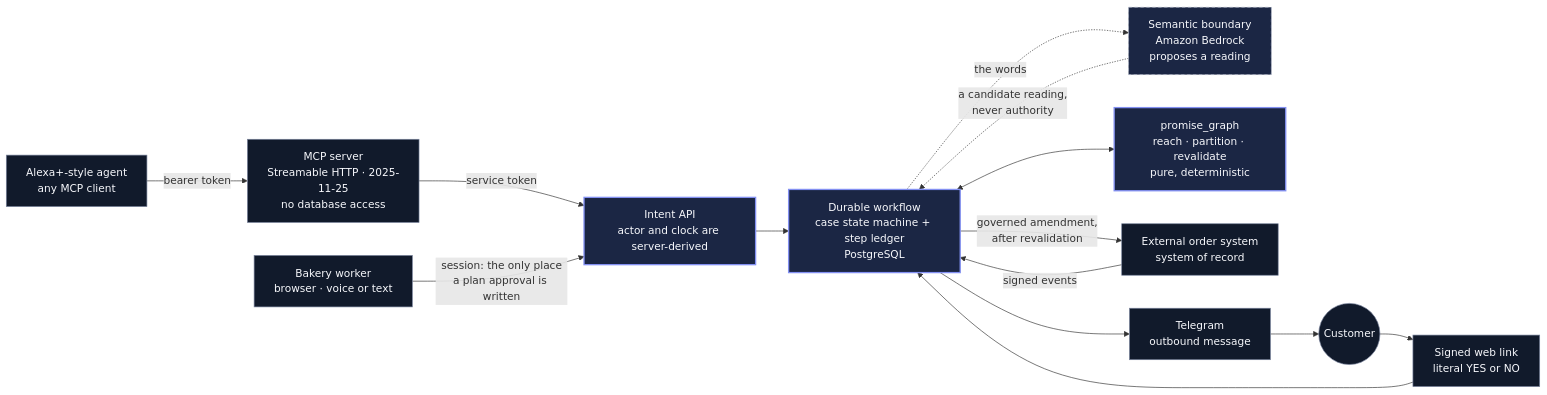
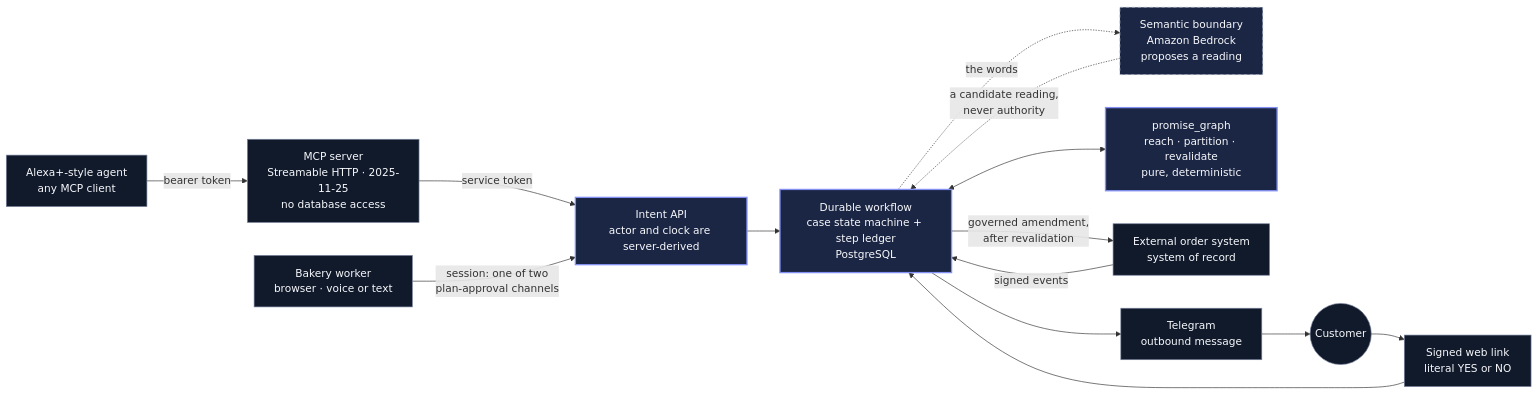
Before and after one commit to Asembris/PromisePatch: the diagram in README.md, drawn with Mermaid. The commit also changed other lines of this file and 9 other files, not shown here.

````diff
--- a/README.md
+++ b/README.md
@@ -165,31 +176,31 @@
 ```mermaid
 flowchart LR
     worker["Bakery worker<br/>browser · voice or text"]
     agent["Alexa+-style agent<br/>any MCP client"]
     mcp["MCP server<br/>Streamable HTTP · 2025-11-25<br/>no database access"]
     api["Intent API<br/>actor and clock are server-derived"]
     model["Semantic boundary<br/>Amazon Bedrock<br/>proposes a reading"]
     engine["promise_graph<br/>reach · partition · revalidate<br/>pure, deterministic"]
     wf["Durable workflow<br/>case state machine + step ledger<br/>PostgreSQL"]
     oms["External order system<br/>system of record"]
     tg["Telegram<br/>outbound message"]
     link["Signed web link<br/>literal YES or NO"]
     customer(("Customer"))
 
     agent -->|bearer token| mcp -->|service token| api
-    worker -->|"session: the only place<br/>a plan approval is written"| api
+    worker -->|"session: one of two<br/>plan-approval channels"| api
     api --> wf
     wf -. "the words" .-> model
     model -. "a candidate reading,<br/>never authority" .-> wf
     wf <--> engine
     wf -->|"governed amendment,<br/>after revalidation"| oms
     oms -->|signed events| wf
     wf --> tg --> customer --> link --> wf
 
     classDef authority fill:#1B2644,stroke:#8390F2,stroke-width:2px,color:#F7F8FC
     classDef understanding fill:#1B2644,stroke:#AEB6C8,stroke-dasharray:5 4,color:#F7F8FC
     classDef outside fill:#111A2B,stroke:#76819A,color:#F7F8FC
     class engine,wf,api authority
     class model understanding
     class worker,agent,mcp,oms,tg,link,customer outside
 ```
````
